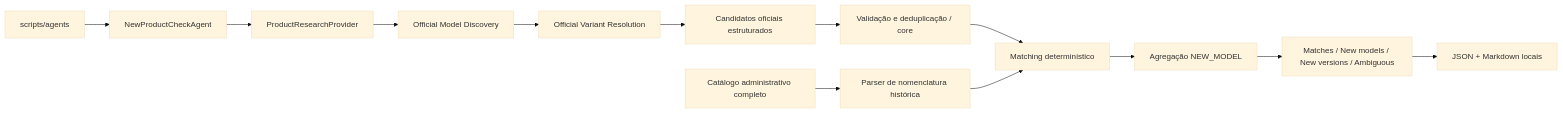
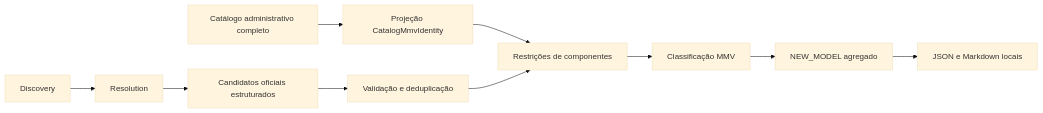
The diagram in docs/agents/NEW_PRODUCT_CHECK_AGENT.md (leandrovteixeira/compra-car), drawn with Mermaid (base theme) before and after one commit. The commit also changed other lines of this file and 22 other files, not shown here.

Commit message:
feat(agent): reconcile official variants by MMV identity

````diff
--- a/docs/agents/NEW_PRODUCT_CHECK_AGENT.md
+++ b/docs/agents/NEW_PRODUCT_CHECK_AGENT.md
@@ -24,15 +19,12 @@
 ```mermaid
 flowchart LR
-  CLI[scripts/agents] --> Agent[NewProductCheckAgent]
-  Agent --> Research[ProductResearchProvider]
-  Research --> Discovery[Official Model Discovery]
-  Discovery --> Resolution[Official Variant Resolution]
-  Resolution --> Candidates[Candidatos oficiais estruturados]
-  Candidates --> Core[Validação e deduplicação / core]
-  Core --> Match[Matching determinístico]
-  Reader[Catálogo administrativo completo] --> Parser[Parser de nomenclatura histórica]
-  Parser --> Match
-  Match --> Aggregate[Agregação NEW_MODEL]
-  Aggregate --> Reports[Matches / New models / New versions / Ambiguous]
-  Reports --> Writer[JSON + Markdown locais]
+  D[Discovery] --> R[Resolution]
+  R --> C[Candidatos oficiais estruturados]
+  C --> V[Validação e deduplicação]
+  Catalog[Catálogo administrativo completo] --> MMV[Projeção CatalogMmvIdentity]
+  MMV --> Match[Restrições de componentes]
+  V --> Match
+  Match --> Classify[Classificação MMV]
+  Classify --> Aggregate[NEW_MODEL agregado]
+  Aggregate --> Reports[JSON e Markdown locais]
 ```
````
